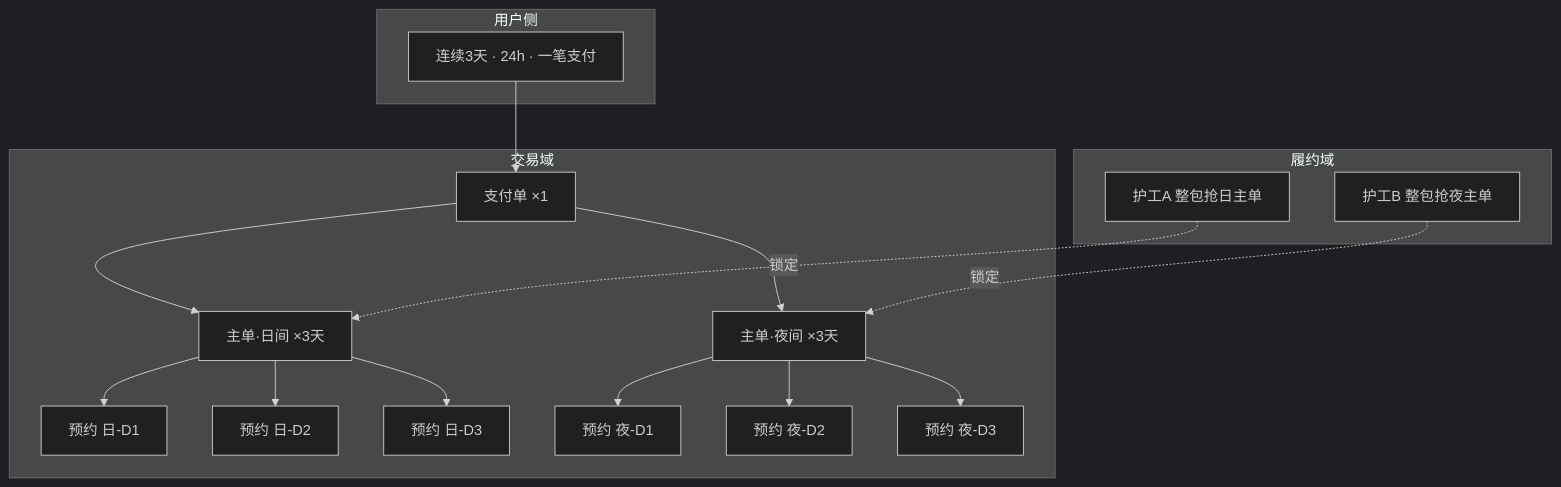
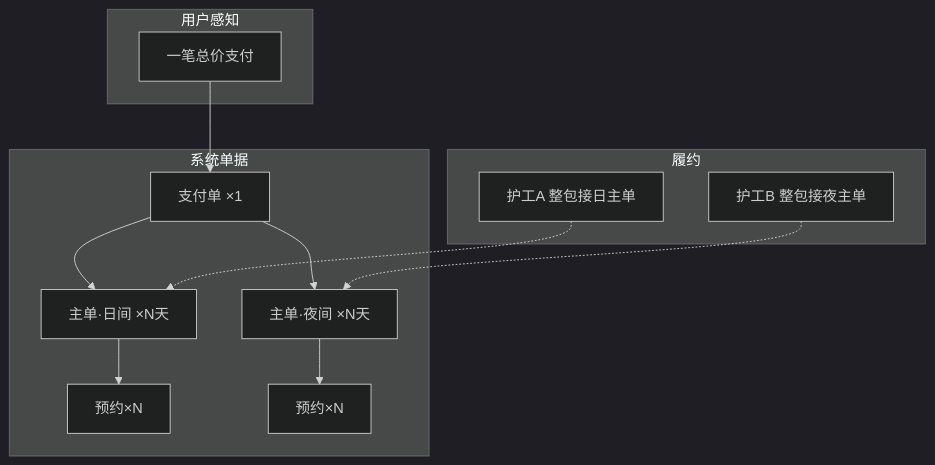
Before and after one commit to haiyan-design/prototypes: the second of 4 diagrams in order_quickly/PRD-R-261022-019-连续陪护快下单.md, drawn with Mermaid (dark theme). The commit also changed other lines of this file and 2 other files, not shown here.

````diff
--- a/order_quickly/PRD-R-261022-019-连续陪护快下单.md
+++ b/order_quickly/PRD-R-261022-019-连续陪护快下单.md
@@ -188,29 +192,25 @@
 ```mermaid
 flowchart TB
-  subgraph 用户侧
-    U[连续3天 · 24h · 一笔支付]
+  subgraph 用户感知
+    U[一笔总价支付]
   end
 
-  subgraph 交易域
+  subgraph 系统单据
     P[支付单 ×1]
-    D[主单·日间 ×3天]
-    N[主单·夜间 ×3天]
+    D[主单·日间 ×N天]
+    N[主单·夜间 ×N天]
     P --> D
     P --> N
-    D --> DA1[预约 日-D1]
-    D --> DA2[预约 日-D2]
-    D --> DA3[预约 日-D3]
-    N --> NA1[预约 夜-D1]
-    N --> NA2[预约 夜-D2]
-    N --> NA3[预约 夜-D3]
+    D --> A1[预约×N]
+    N --> A2[预约×N]
   end
 
-  subgraph 履约域
-    G1[护工A 整包抢日主单]
-    G2[护工B 整包抢夜主单]
-    G1 -.->|锁定| D
-    G2 -.->|锁定| N
+  subgraph 履约
+    G1[护工A 整包接日主单]
+    G2[护工B 整包接夜主单]
+    G1 -.-> D
+    G2 -.-> N
   end
 
   U --> P
 ```
````
